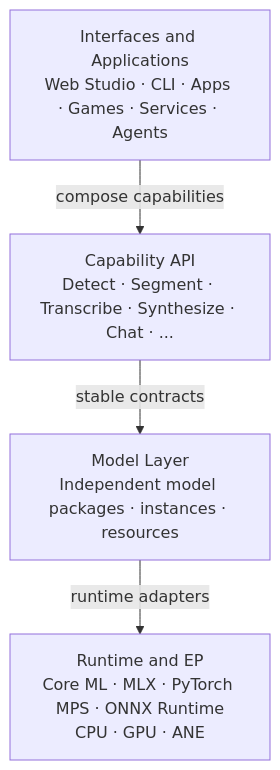
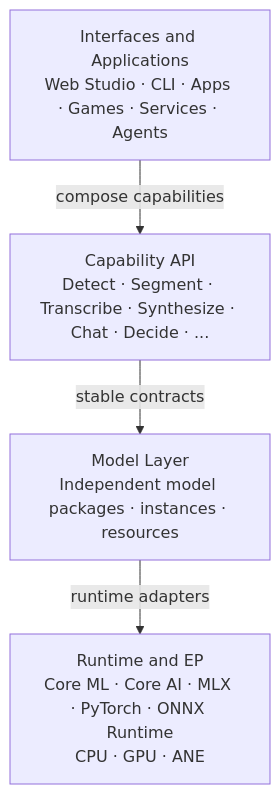
One commit to devilyouwei/hugging-mac changed the diagram in README.md. Above: the diagram before and after it, drawn with Mermaid. The commit also changed other lines of this file, not shown here.

````diff
--- a/README.md
+++ b/README.md
@@ -91,11 +152,11 @@
 ```mermaid
 flowchart TB
     Experience["Interfaces and Applications<br/>Web Studio · CLI · Apps · Games · Services · Agents"]
-    Capability["Capability API<br/>Detect · Segment · Transcribe · Synthesize · Chat · ..."]
+    Capability["Capability API<br/>Detect · Segment · Transcribe · Synthesize · Chat · Decide · ..."]
     Models["Model Layer<br/>Independent model packages · instances · resources"]
-    Runtime["Runtime and EP<br/>Core ML · MLX · PyTorch MPS · ONNX Runtime<br/>CPU · GPU · ANE"]
+    Runtime["Runtime and EP<br/>Core ML · Core AI · MLX · PyTorch · ONNX Runtime<br/>CPU · GPU · ANE"]
 
     Experience -->|compose capabilities| Capability
     Capability -->|stable contracts| Models
     Models -->|runtime adapters| Runtime
 ```
````
